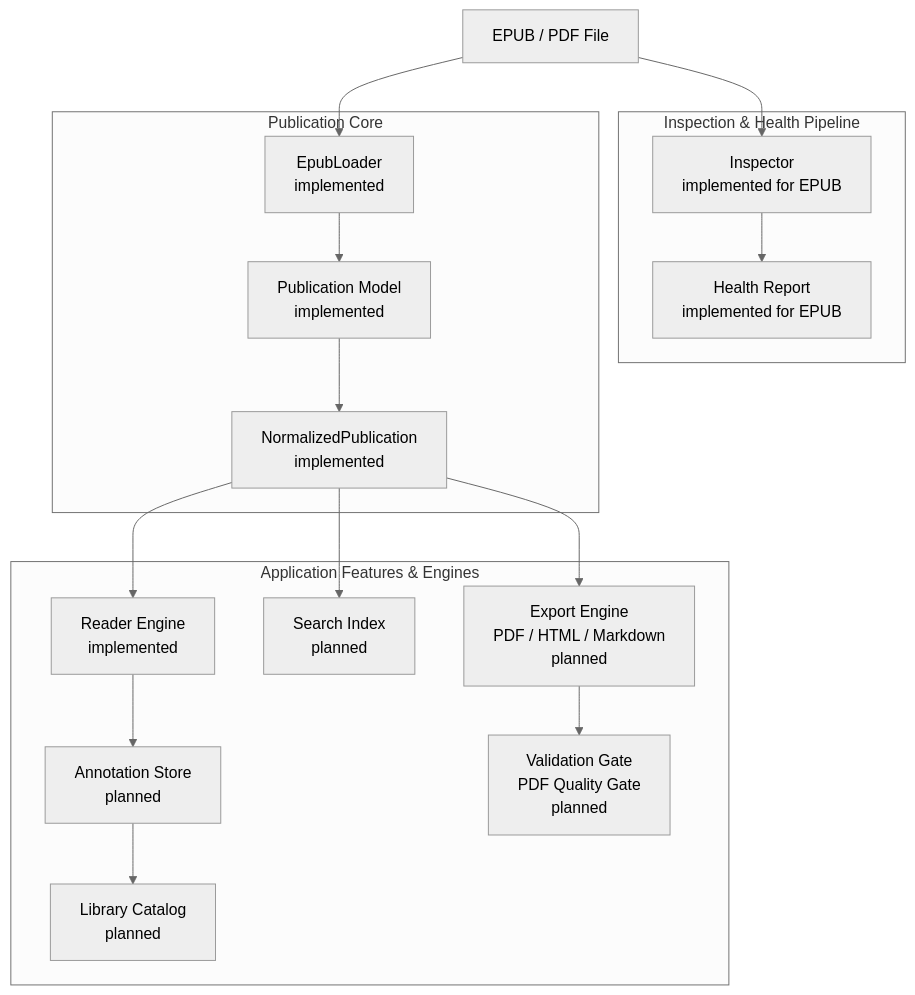
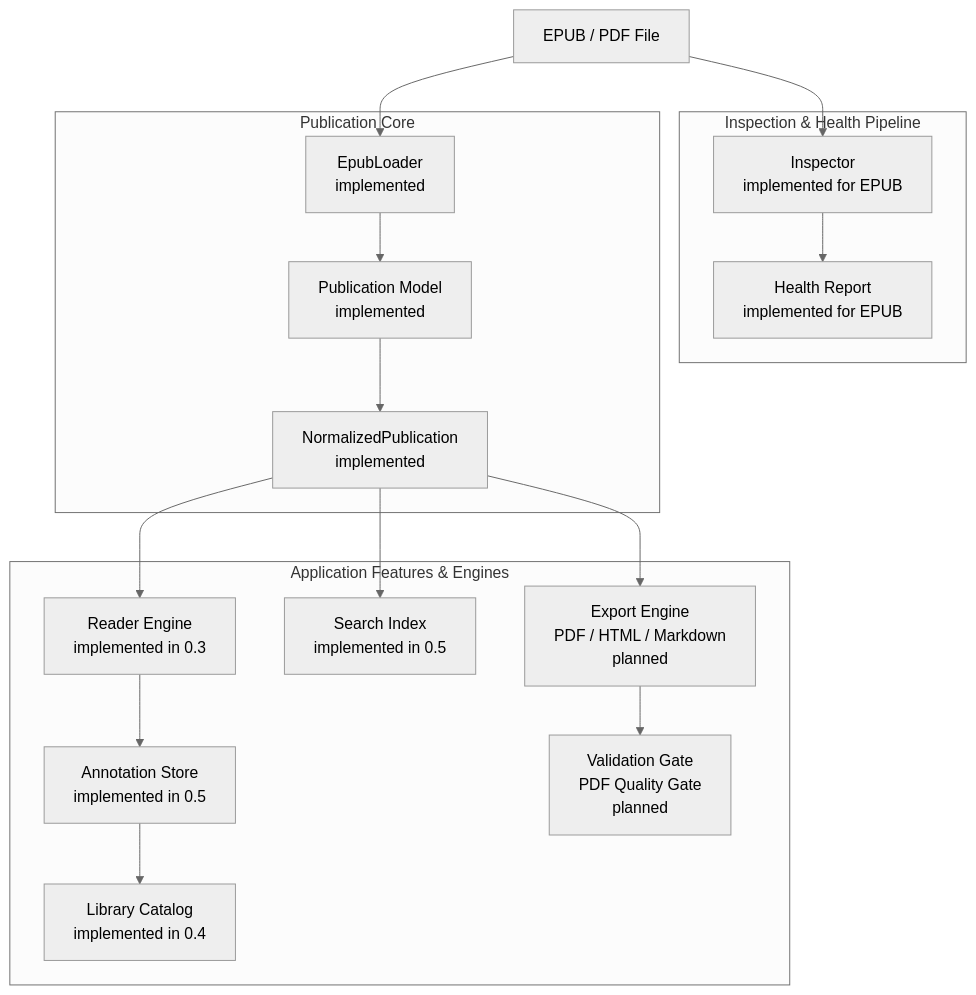
The diagram in README.md (bosatsu25/ReflowPress), drawn with Mermaid (neutral theme) before and after one commit. The commit also changed other lines of this file and 5 other files, not shown here.

Commit message:
docs: synchronize roadmap, architecture, and requirements for Milestone 0.6

````diff
--- a/README.md
+++ b/README.md
@@ -39,34 +40,34 @@
 ```mermaid
 flowchart TD
     SOURCE[EPUB / PDF File]
 
     subgraph INSP_SUB[Inspection & Health Pipeline]
         INSPECTOR[Inspector<br/>implemented for EPUB]
         HEALTH[Health Report<br/>implemented for EPUB]
     end
 
     subgraph CORE_SUB[Publication Core]
         LOADER[EpubLoader<br/>implemented]
         PUB_MODEL[Publication Model<br/>implemented]
         NORMALIZED[NormalizedPublication<br/>implemented]
     end
 
     subgraph CONSUMER_SUB[Application Features & Engines]
-        READER[Reader Engine<br/>implemented]
-        ANNOTATION[Annotation Store<br/>planned]
-        LIBRARY[Library Catalog<br/>planned]
-        SEARCH[Search Index<br/>planned]
+        READER[Reader Engine<br/>implemented in 0.3]
+        ANNOTATION[Annotation Store<br/>implemented in 0.5]
+        LIBRARY[Library Catalog<br/>implemented in 0.4]
+        SEARCH[Search Index<br/>implemented in 0.5]
         EXPORT[Export Engine<br/>PDF / HTML / Markdown<br/>planned]
         VALIDATION[Validation Gate<br/>PDF Quality Gate<br/>planned]
     end
 
     SOURCE --> INSPECTOR --> HEALTH
     SOURCE --> LOADER --> PUB_MODEL --> NORMALIZED
 
     NORMALIZED --> READER
     READER --> ANNOTATION
     ANNOTATION --> LIBRARY
     NORMALIZED --> SEARCH
     NORMALIZED --> EXPORT
     EXPORT --> VALIDATION
 ```
````
